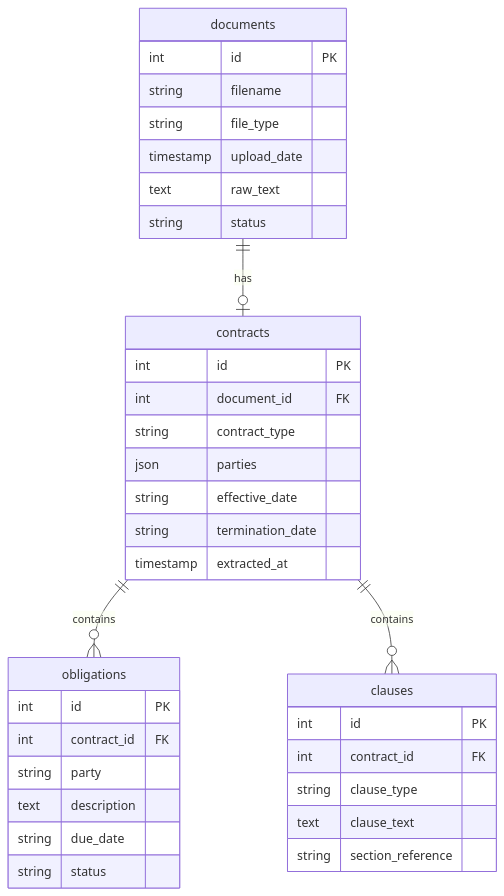
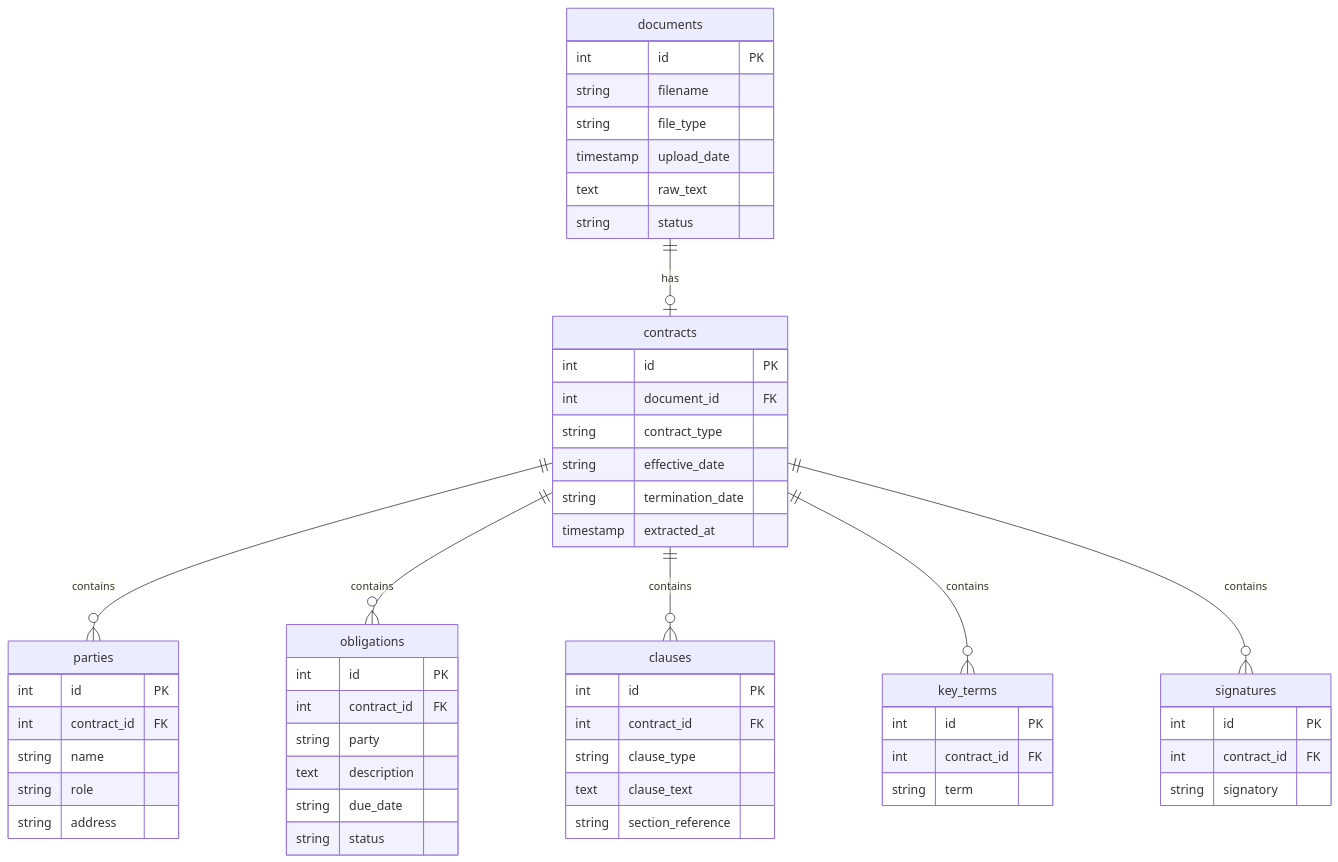
One commit to gustavorubim/document-entity-extractor changed the eighth of 12 diagrams in README.md. Above: the diagram before and after it, drawn with Mermaid. The commit also changed other lines of this file and 4 other files, not shown here.

First line of the commit message:
Add YAML schema support for easier configuration

````diff
--- a/README.md
+++ b/README.md
@@ -491,42 +478,64 @@
 ```mermaid
 erDiagram
     documents ||--o| contracts : "has"
+    contracts ||--o{ parties : "contains"
     contracts ||--o{ obligations : "contains"
     contracts ||--o{ clauses : "contains"
+    contracts ||--o{ key_terms : "contains"
+    contracts ||--o{ signatures : "contains"
 
     documents {
         int id PK
         string filename
         string file_type
         timestamp upload_date
         text raw_text
         string status
     }
 
     contracts {
         int id PK
         int document_id FK
         string contract_type
-        json parties
         string effective_date
         string termination_date
         timestamp extracted_at
+    }
+
+    parties {
+        int id PK
+        int contract_id FK
+        string name
+        string role
+        string address
     }
 
     obligations {
         int id PK
         int contract_id FK
         string party
         text description
         string due_date
         string status
     }
 
     clauses {
         int id PK
         int contract_id FK
         string clause_type
         text clause_text
         string section_reference
     }
+
+    key_terms {
+        int id PK
+        int contract_id FK
+        string term
+    }
+
+    signatures {
+        int id PK
+        int contract_id FK
+        string signatory
+    }
 ```
````
